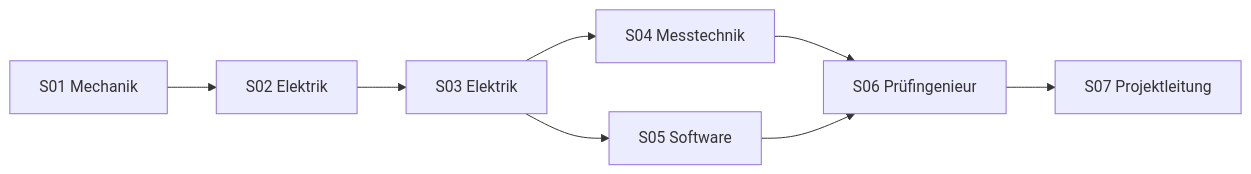
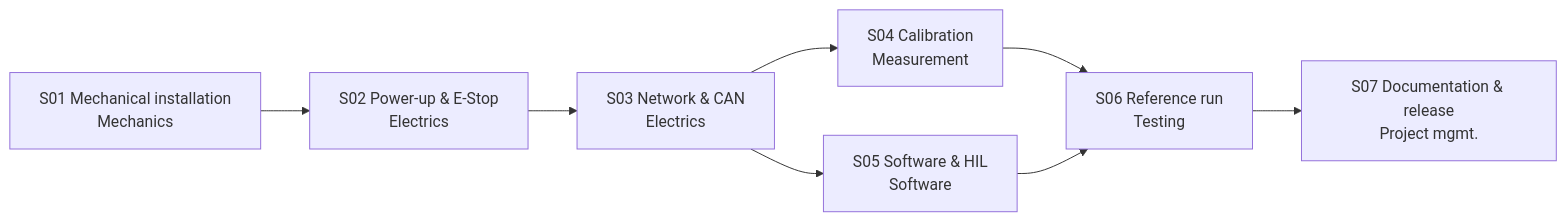
The first of 3 diagrams in README.md (abhisheklakhani-it/n8n-test-bench-commissioning-tracker), drawn with Mermaid before and after one commit. The commit also changed other lines of this file and 66 other files, not shown here.

````diff
--- a/README.md
+++ b/README.md
@@ -126,8 +71,8 @@
 ```mermaid
 flowchart LR
-    S01["S01 Mechanik"] --> S02["S02 Elektrik"] --> S03["S03 Elektrik"]
-    S03 --> S04["S04 Messtechnik"]
-    S03 --> S05["S05 Software"]
-    S04 --> S06["S06 Prüfingenieur"]
-    S05 --> S06 --> S07["S07 Projektleitung"]
+    S01["S01 Mechanical installation<br/>Mechanics"] --> S02["S02 Power-up & E-Stop<br/>Electrics"] --> S03["S03 Network & CAN<br/>Electrics"]
+    S03 --> S04["S04 Calibration<br/>Measurement"]
+    S03 --> S05["S05 Software & HIL<br/>Software"]
+    S04 --> S06["S06 Reference run<br/>Testing"]
+    S05 --> S06 --> S07["S07 Documentation & release<br/>Project mgmt."]
 ```
````
